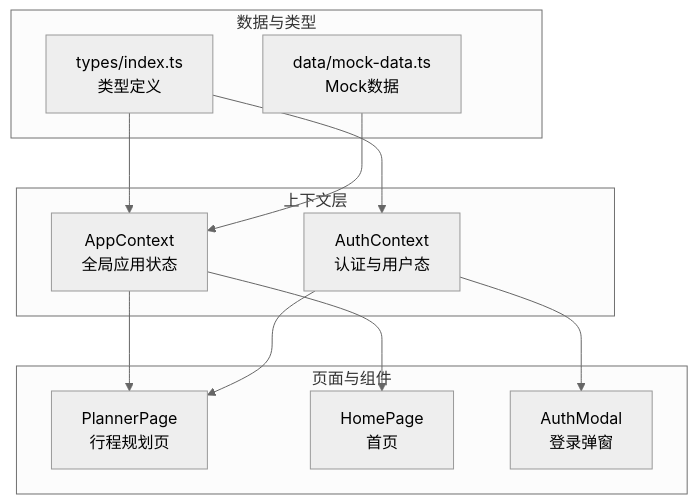
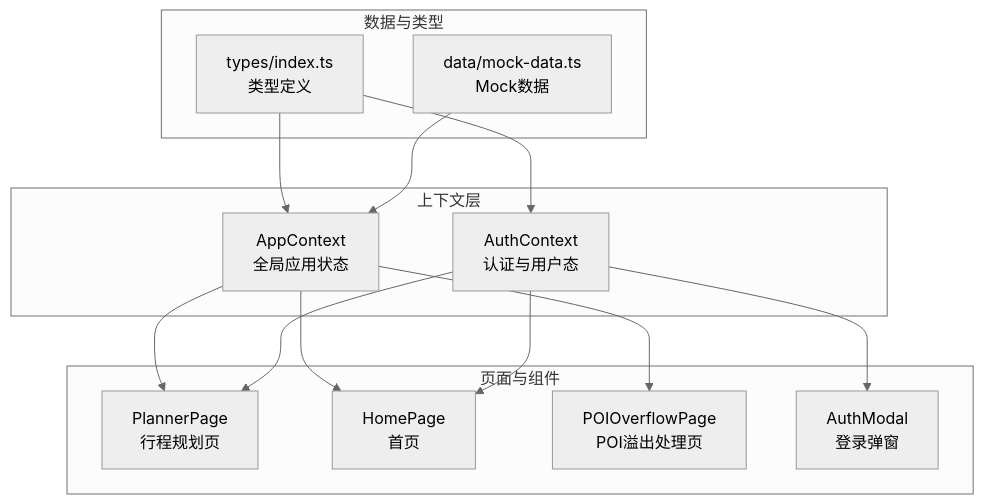
Before and after one commit to ititjjy/AITrip-plan: the first of 9 diagrams in .qoder/repowiki/zh/content/前端架构/状态管理.md, drawn with Mermaid (neutral theme). The commit also changed other lines of this file and 144 other files, not shown here.

````diff
--- a/.qoder/repowiki/zh/content/前端架构/状态管理.md
+++ b/.qoder/repowiki/zh/content/前端架构/状态管理.md
@@ -41,23 +53,26 @@
 ```mermaid
 graph TB
 subgraph "上下文层"
 AC["AppContext<br/>全局应用状态"]
 AU["AuthContext<br/>认证与用户态"]
 end
 subgraph "页面与组件"
 P1["PlannerPage<br/>行程规划页"]
 P2["HomePage<br/>首页"]
+P3["POIOverflowPage<br/>POI溢出处理页"]
 C1["AuthModal<br/>登录弹窗"]
 end
 subgraph "数据与类型"
 T["types/index.ts<br/>类型定义"]
 M["data/mock-data.ts<br/>Mock数据"]
 end
 AC --> P1
 AC --> P2
+AC --> P3
 AU --> C1
 AU --> P1
+AU --> P2
 T --> AC
 T --> AU
 M --> AC
 ```
````
